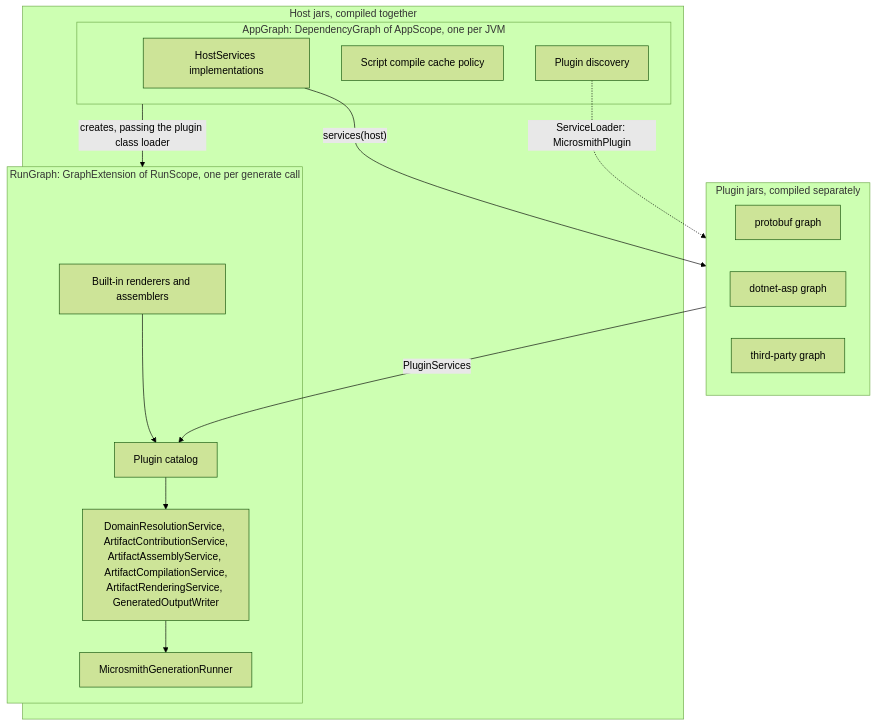
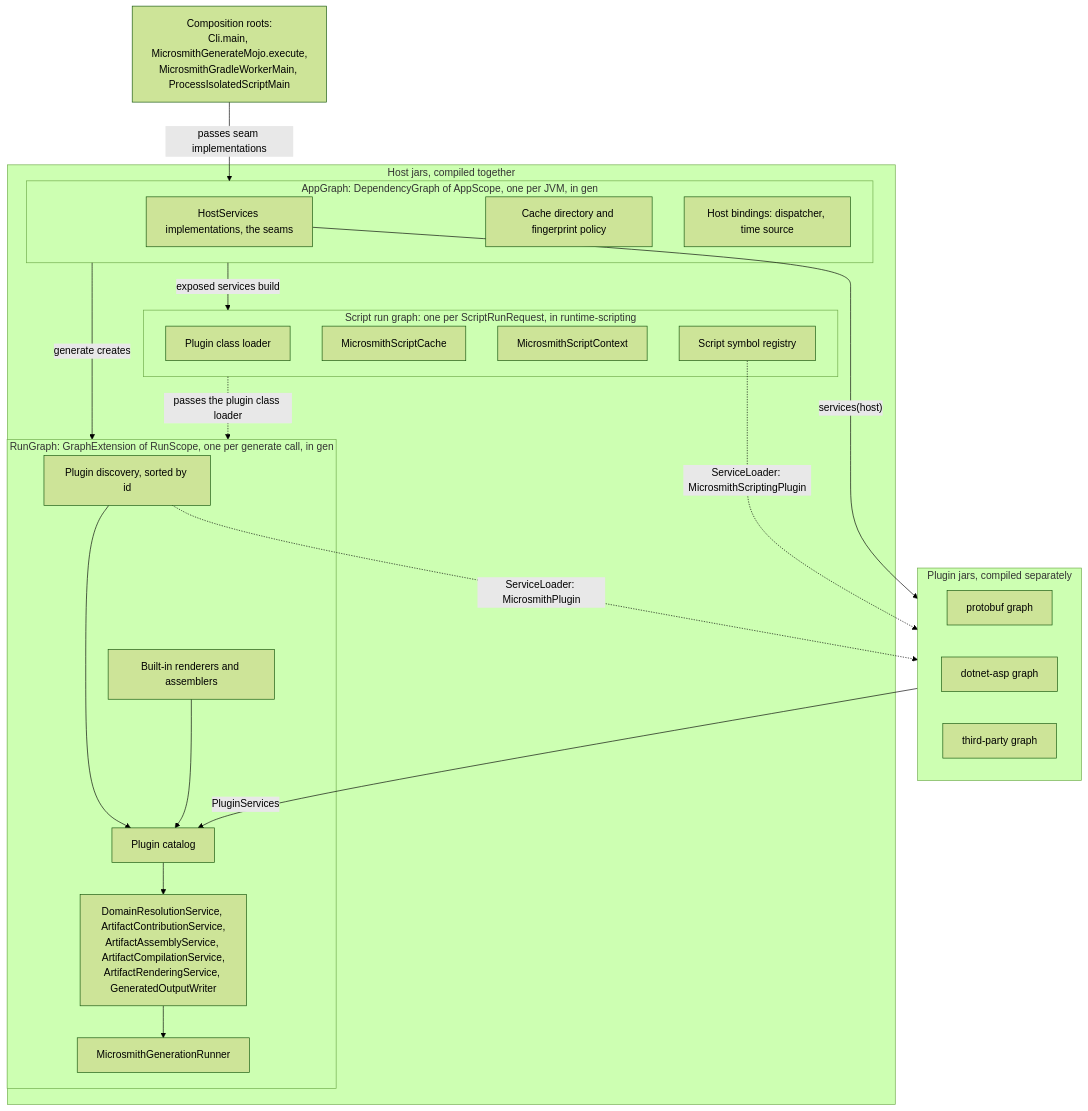
The sixth of 17 diagrams in docs/design/v4-dependency-injection.md (LMLiam/microsmith), drawn with Mermaid (forest theme) before and after one commit. The commit also changed other lines of this file, not shown here.

First line of the commit message:
docs: settle review questions in the 4.0 dependency injection design

````diff
--- a/docs/design/v4-dependency-injection.md
+++ b/docs/design/v4-dependency-injection.md
@@ -290,27 +414,40 @@
 ```mermaid
 flowchart TB
+    Root["Composition roots:<br/>Cli.main, MicrosmithGenerateMojo.execute,<br/>MicrosmithGradleWorkerMain, ProcessIsolatedScriptMain"]
     subgraph HostSide["Host jars, compiled together"]
-        subgraph AppG["AppGraph: DependencyGraph of AppScope, one per JVM"]
-            HS["HostServices implementations"]
-            SCP["Script compile cache policy"]
-            PD["Plugin discovery"]
+        subgraph AppG["AppGraph: DependencyGraph of AppScope, one per JVM, in gen"]
+            HS["HostServices implementations, the seams"]
+            SCP["Cache directory and fingerprint policy"]
+            HB["Host bindings: dispatcher, time source"]
         end
-        subgraph RunG["RunGraph: GraphExtension of RunScope, one per generate call"]
+        subgraph ScriptG["Script run graph: one per ScriptRunRequest, in runtime-scripting"]
+            CL["Plugin class loader"]
+            SC["MicrosmithScriptCache"]
+            CTX["MicrosmithScriptContext"]
+            SYM["Script symbol registry"]
+        end
+        subgraph RunG["RunGraph: GraphExtension of RunScope, one per generate call, in gen"]
+            PD["Plugin discovery, sorted by id"]
             BI["Built-in renderers and assemblers"]
             CAT["Plugin catalog"]
             SVC["DomainResolutionService, ArtifactContributionService,<br/>ArtifactAssemblyService, ArtifactCompilationService,<br/>ArtifactRenderingService, GeneratedOutputWriter"]
             RUN["MicrosmithGenerationRunner"]
+            PD --> CAT
             BI --> CAT
             CAT --> SVC --> RUN
         end
-        AppG -->|"creates, passing the plugin class loader"| RunG
+        AppG -->|"exposed services build"| ScriptG
+        AppG -->|"generate creates"| RunG
+        ScriptG -.->|"passes the plugin class loader"| RunG
     end
     subgraph PluginSide["Plugin jars, compiled separately"]
         P1["protobuf graph"]
         P2["dotnet-asp graph"]
         P3["third-party graph"]
     end
+    Root -->|"passes seam implementations"| AppG
     PD -.->|"ServiceLoader: MicrosmithPlugin"| PluginSide
+    SYM -.->|"ServiceLoader: MicrosmithScriptingPlugin"| PluginSide
     HS -->|"services(host)"| PluginSide
     PluginSide -->|"PluginServices"| CAT
 ```
````
